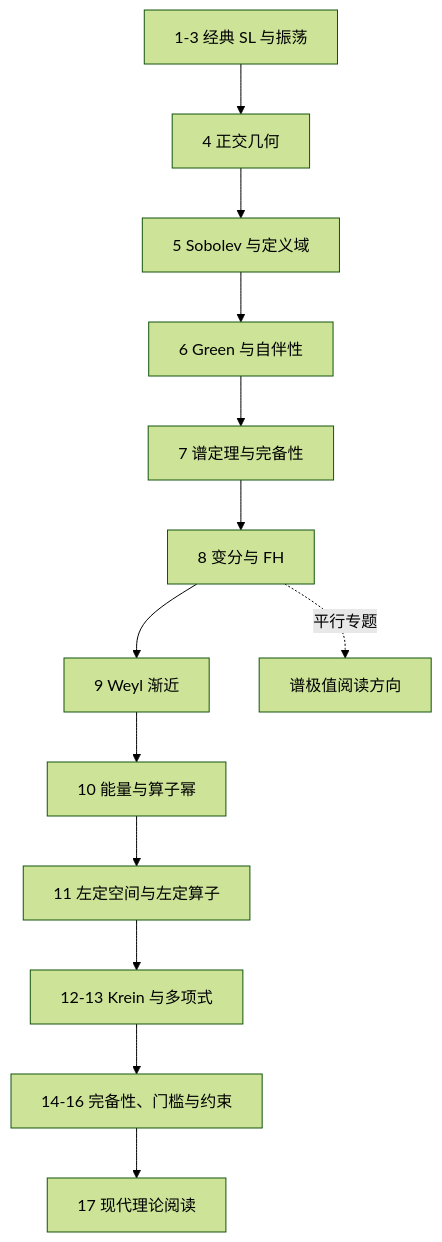
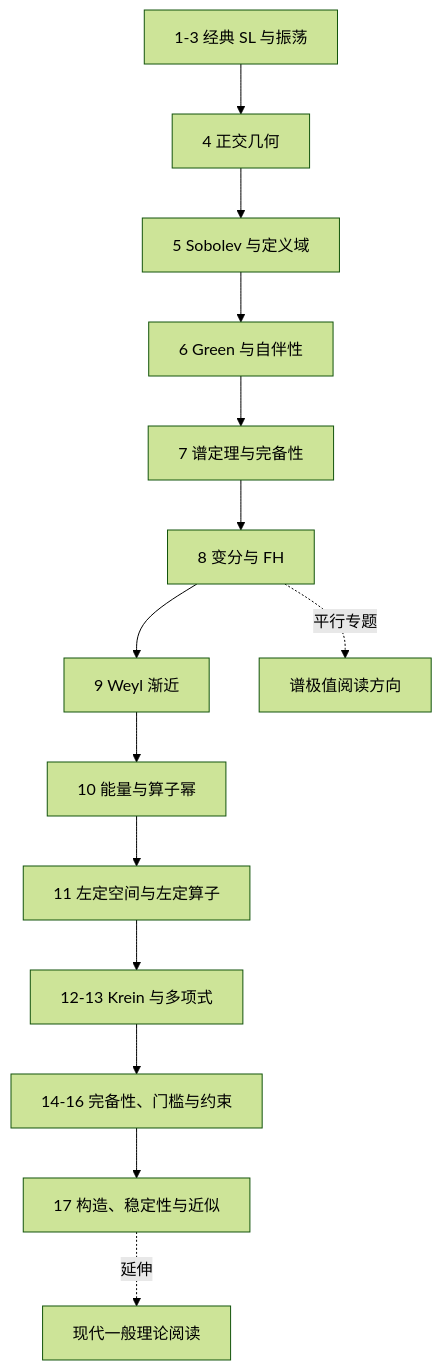
One commit to xsoc1/math-notes changed the diagram in SL谱理论/讲义/00_SL谱理论讲义总览.md. Above: the diagram before and after it, drawn with Mermaid (forest theme). The commit also changed other lines of this file and 14 other files, not shown here.

````diff
--- a/SL谱理论/讲义/00_SL谱理论讲义总览.md
+++ b/SL谱理论/讲义/00_SL谱理论讲义总览.md
@@ -15,15 +15,16 @@
 ```mermaid
 flowchart TD
  A[1-3 经典 SL 与振荡] --> B[4 正交几何]
  B --> C[5 Sobolev 与定义域]
  C --> D[6 Green 与自伴性]
  D --> E[7 谱定理与完备性]
  E --> F[8 变分与 FH]
  F --> G[9 Weyl 渐近]
  G --> H[10 能量与算子幂]
  H --> I[11 左定空间与左定算子]
  I --> J[12-13 Krein 与多项式]
  J --> K[14-16 完备性、门槛与约束]
- K --> L[17 现代理论阅读]
+ K --> L[17 构造、稳定性与近似]
+ L -.延伸.-> N[现代一般理论阅读]
  F -.平行专题.-> M[谱极值阅读方向]
 ```
````
